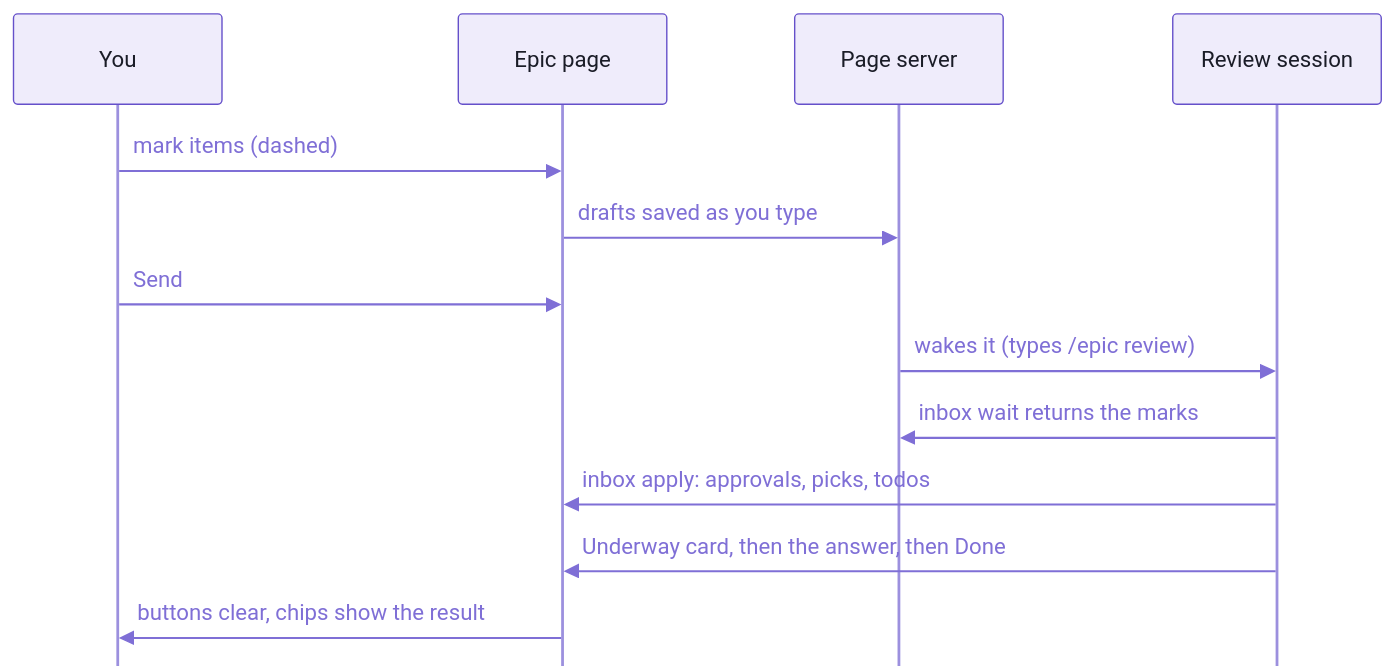
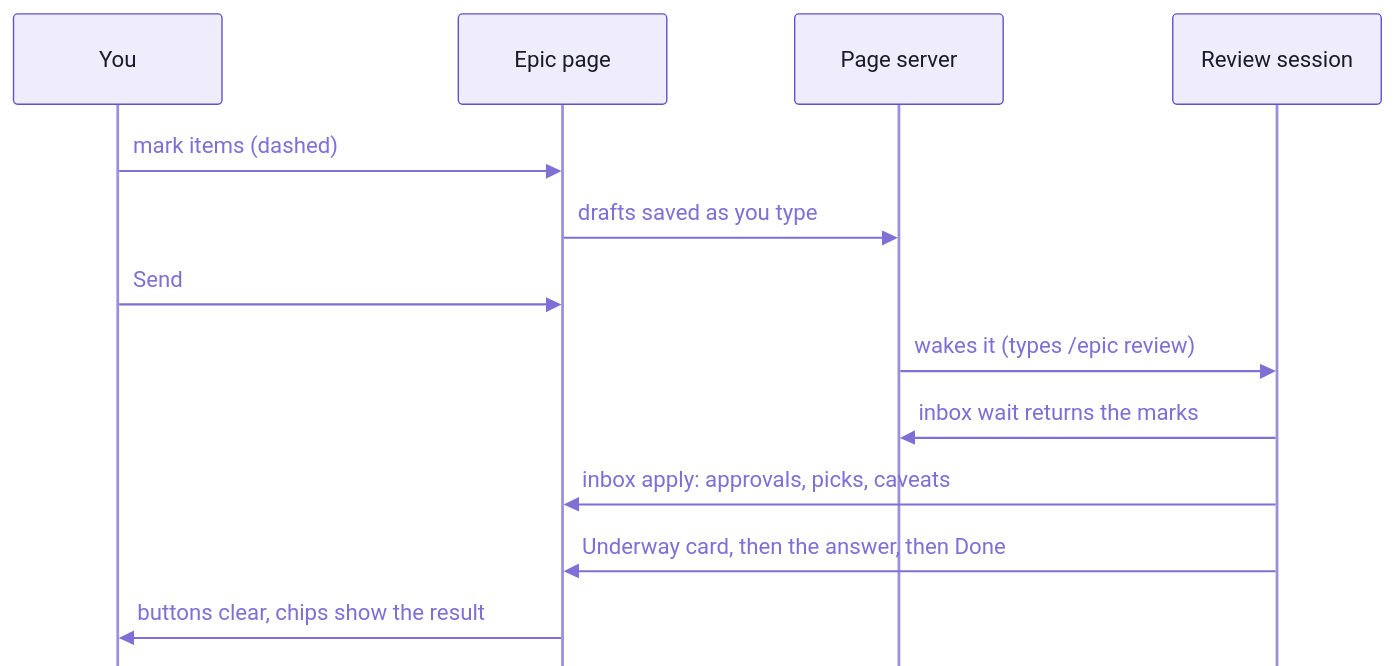
The first of 3 diagrams in epic/README-pages.md (spell-app/spell), drawn with Mermaid before and after one commit. The commit also changed other lines of this file and 77 other files, not shown here.

````diff
--- a/epic/README-pages.md
+++ b/epic/README-pages.md
@@ -136,16 +135,16 @@
 ```mermaid
 %%{init: {"theme":"base","themeVariables":{"fontFamily":"-apple-system, BlinkMacSystemFont, Segoe UI, Helvetica, Arial, sans-serif","fontSize":"15px","primaryColor":"#EFECFB","primaryBorderColor":"#6550CA","primaryTextColor":"#1A1C27","secondaryColor":"#F4F1E9","tertiaryColor":"#F7F6FC","lineColor":"#7F6FD6","textColor":"#7F6FD6","clusterBkg":"#F7F6FC","clusterBorder":"#B9B0E8","titleColor":"#1A1C27","edgeLabelBackground":"#F7F6FC","actorBkg":"#EFECFB","actorBorder":"#6550CA","actorTextColor":"#1A1C27","actorLineColor":"#9C90DE","signalColor":"#7F6FD6","signalTextColor":"#7F6FD6","labelBoxBkgColor":"#EFECFB","labelBoxBorderColor":"#6550CA","labelTextColor":"#1A1C27","loopTextColor":"#7F6FD6","noteBkgColor":"#F1E7D4","noteBorderColor":"#C9B48A","noteTextColor":"#1A1C27","activationBkgColor":"#DCD6F7","activationBorderColor":"#6550CA","sequenceNumberColor":"#FFFFFF"},"sequence":{"mirrorActors":false,"messageAlign":"left","noteAlign":"left"}}}%%
 sequenceDiagram
   participant You
   participant Page as Epic page
   participant Server as Page server
   participant Session as Review session
   You->>Page: mark items (dashed)
   Page->>Server: drafts saved as you type
   You->>Page: Send
   Server->>Session: wakes it (types /epic review)
   Session->>Server: inbox wait returns the marks
-  Session->>Page: inbox apply:  approvals, picks, todos
+  Session->>Page: inbox apply:  approvals, picks, caveats
   Session->>Page: Underway card, then the answer, then Done
   Page->>You: buttons clear, chips show the result
 ```
````
